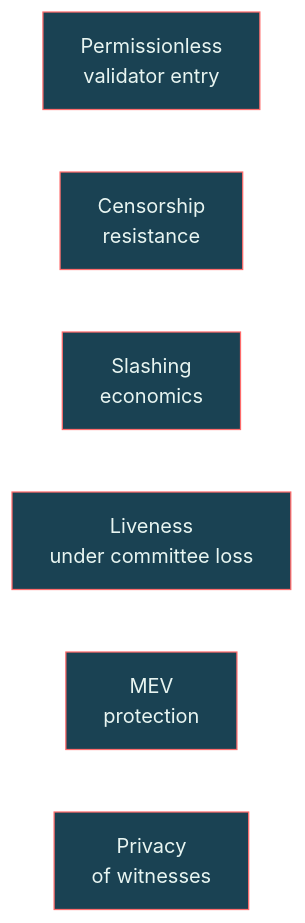
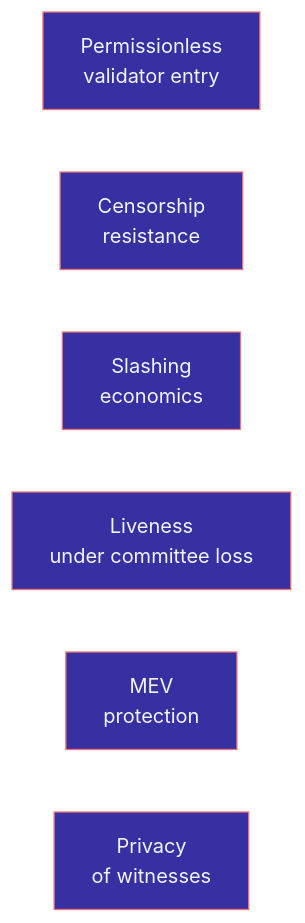
One commit to Myelin-Labs/Myelin changed the second of 2 diagrams in docs/security/threat-model.md. Above: the diagram before and after it, drawn with Mermaid. The commit also changed other lines of this file and 31 other files, not shown here.

````diff
--- a/docs/security/threat-model.md
+++ b/docs/security/threat-model.md
@@ -109,22 +109,22 @@
 ```mermaid
 %%{init: {
   "theme": "base",
   "themeVariables": {
-    "primaryColor": "#0F2D3D",
-    "primaryTextColor": "#E8F5F1",
-    "primaryBorderColor": "#3CCBAA",
-    "lineColor": "#4EE0BC",
-    "secondaryColor": "#143946",
-    "tertiaryColor": "#1A4253"
+    "primaryColor": "#1E1B4B",
+    "primaryTextColor": "#F1F5F9",
+    "primaryBorderColor": "#6366F1",
+    "lineColor": "#818CF8",
+    "secondaryColor": "#312E81",
+    "tertiaryColor": "#3730A3"
   }
 }}%%
 flowchart LR
     A["Permissionless<br/>validator entry"]:::out
     B["Censorship<br/>resistance"]:::out
     C["Slashing<br/>economics"]:::out
     D["Liveness<br/>under committee loss"]:::out
     E["MEV<br/>protection"]:::out
     F["Privacy<br/>of witnesses"]:::out
 
-    classDef out fill:#1A4253,stroke:#FF6B6B,color:#E8F5F1;
+    classDef out fill:#3730A3,stroke:#F87171,color:#F1F5F9;
 ```
````
